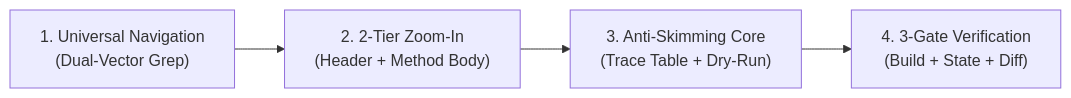
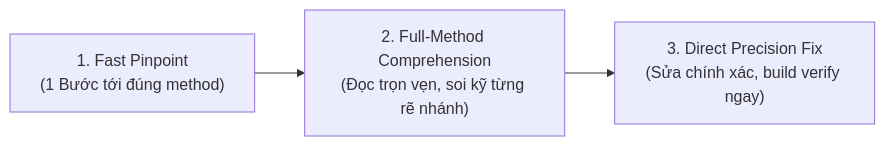
The diagram in skills/ottonet-skill/SKILL.md (quocbahuynh/OttoNet-Skills), drawn with Mermaid before and after one commit. The commit also changed other lines of this file and 4 other files, not shown here.

````diff
--- a/skills/ottonet-skill/SKILL.md
+++ b/skills/ottonet-skill/SKILL.md
@@ -20,6 +20,4 @@
 ```mermaid
 graph LR
-    P1["1. Universal Navigation<br/>(Dual-Vector Grep)"] --> P2["2. 2-Tier Zoom-In<br/>(Header + Method Body)"]
-    P2 --> P3["3. Anti-Skimming Core<br/>(Trace Table + Dry-Run)"]
-    P3 --> P4["4. 3-Gate Verification<br/>(Build + State + Diff)"]
+    S1["1. Fast Pinpoint<br/>(1 Bước tới đúng method)"] --> S2["2. Full-Method Comprehension<br/>(Đọc trọn vẹn, soi kỹ từng rẽ nhánh)"] --> S3["3. Direct Precision Fix<br/>(Sửa chính xác, build verify ngay)"]
 ```
````
